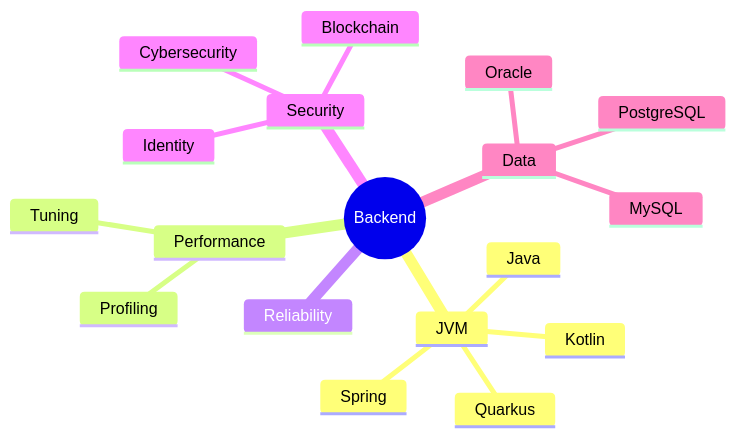
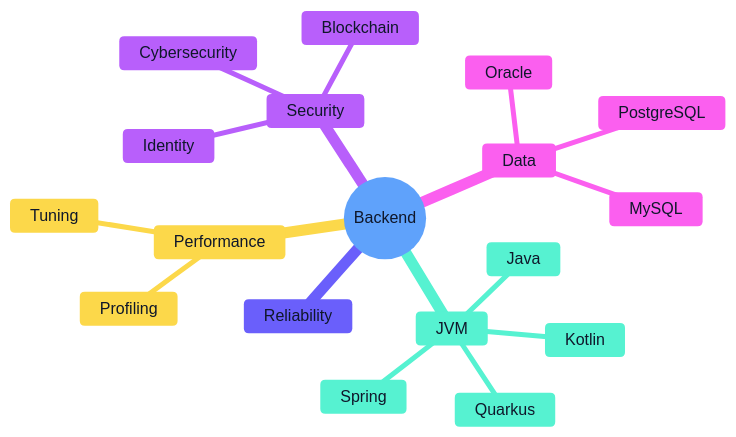
Before and after one commit to npapatheodorou/npapatheodorou: the diagram in README.md, drawn with Mermaid. The commit also changed other lines of this file, not shown here.

````diff
--- a/README.md
+++ b/README.md
@@ -65,21 +74,22 @@
 ```mermaid
+%%{init: {'theme':'base','themeVariables':{'primaryColor':'#DBEAFE','primaryTextColor':'#0F172A','primaryBorderColor':'#3B82F6','secondaryColor':'#CCFBF1','secondaryTextColor':'#0F172A','secondaryBorderColor':'#14B8A6','tertiaryColor':'#FEF3C7','tertiaryTextColor':'#0F172A','tertiaryBorderColor':'#F59E0B','lineColor':'#475569','textColor':'#0F172A'}}}%%
 mindmap
   root((Backend))
     JVM
       Java
       Kotlin
       Spring
       Quarkus
     Performance
       Profiling
       Tuning
     Reliability
     Security
       Blockchain
       Identity
       Cybersecurity
     Data
       Oracle
       PostgreSQL
       MySQL
 ```
````
